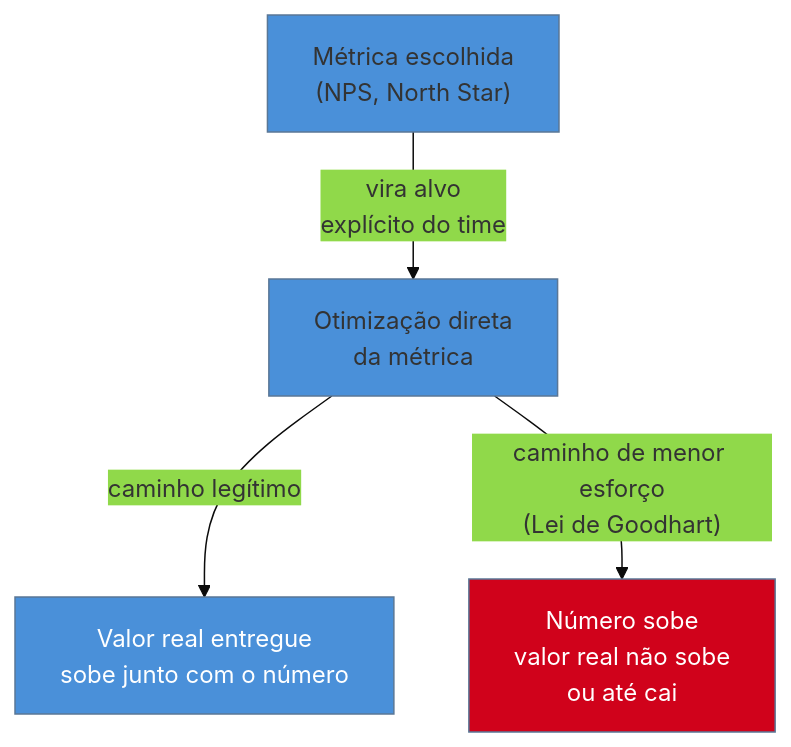
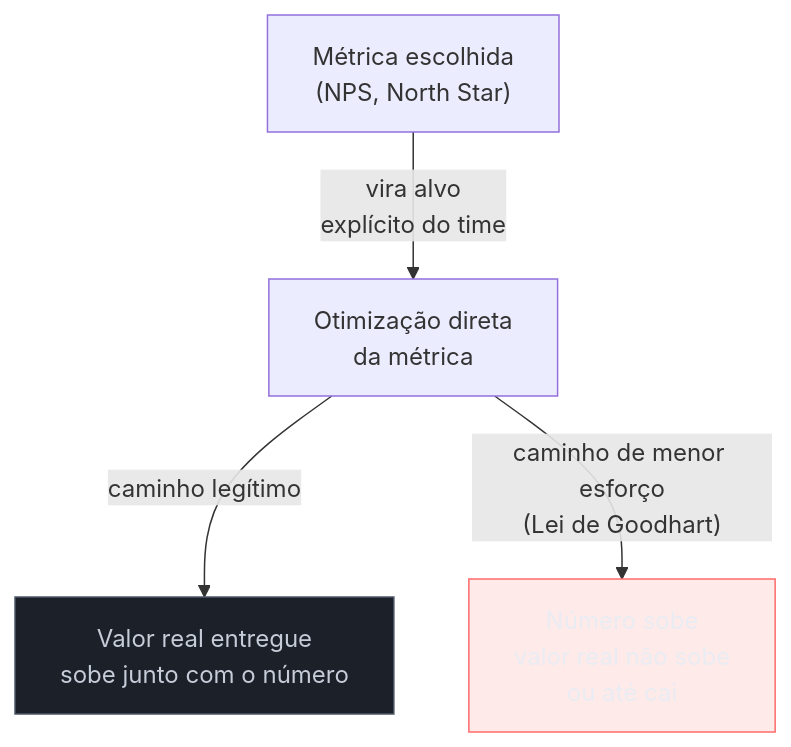
One commit to josenaldo/codex-technomanticus changed the diagram in 03-Dominios/Engenharia/UX/Medir, Validar e Sustentar/40 - NPS e North Star - promessa, crítica e Goodhart.md. Above: the diagram before and after it, drawn with Mermaid. The commit also changed 1181 other files, not shown here.

First line of the commit message:
fix(diagramas): paleta do sistema no lugar de cor cravada no markdown

````diff
--- a/03-Dominios/Engenharia/UX/Medir, Validar e Sustentar/40 - NPS e North Star - promessa, crítica e Goodhart.md
+++ b/03-Dominios/Engenharia/UX/Medir, Validar e Sustentar/40 - NPS e North Star - promessa, crítica e Goodhart.md
@@ -57,9 +57,10 @@
 ```mermaid
-%%{init: {"theme": "base", "themeVariables": {"primaryColor": "#4A90D9"}}}%%
 graph TD
+    classDef neutro fill:#1B2029,stroke:#4E5666,color:#C6CCD8
+    classDef falha fill:#FF6B6B24,stroke:#FF6B6B,color:#E9ECF2
     M["Métrica escolhida<br/>(NPS, North Star)"] -->|"vira alvo<br/>explícito do time"| O["Otimização direta<br/>da métrica"]
     O -->|"caminho legítimo"| V["Valor real entregue<br/>sobe junto com o número"]
     O -->|"caminho de menor esforço<br/>(Lei de Goodhart)"| G["Número sobe<br/>valor real não sobe<br/>ou até cai"]
-    style V fill:#4A90D9,color:#fff
-    style G fill:#D0021B,color:#fff
+    class V neutro
+    class G falha
 ```
````
